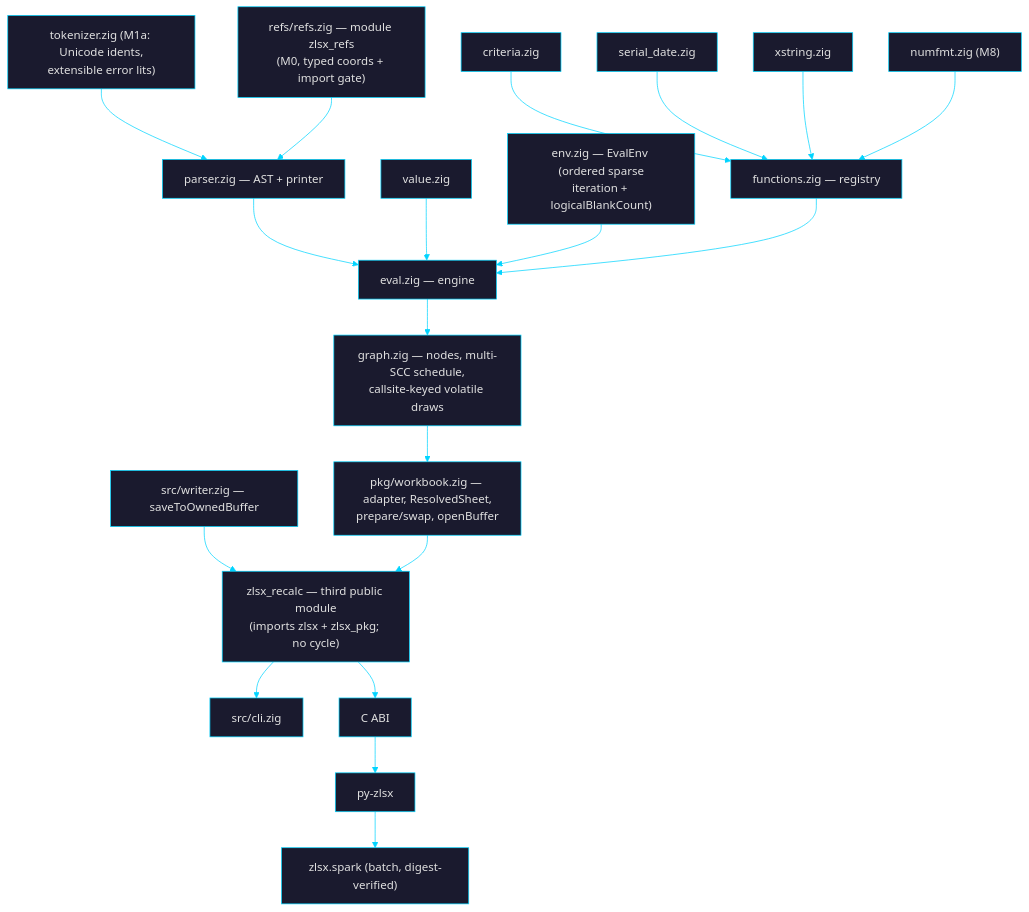
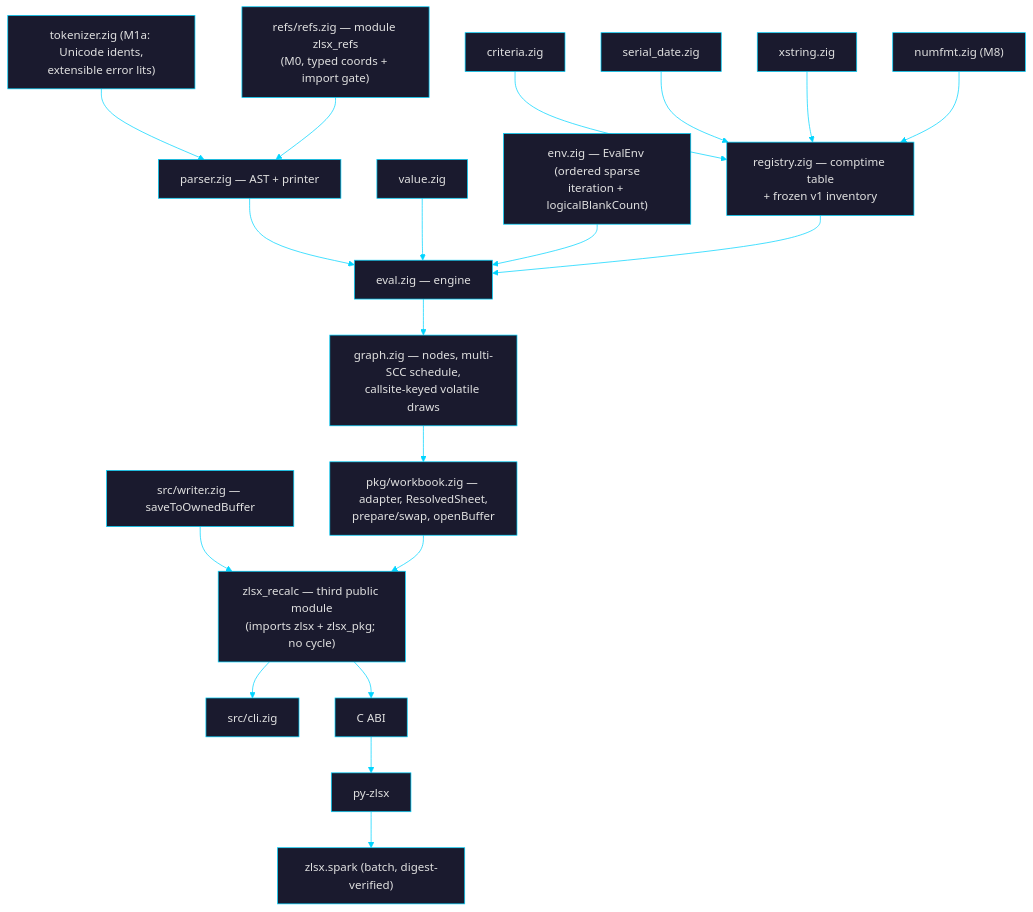
One commit to laurentfabre/zlsx changed the diagram in goal_formula.md. Above: the diagram before and after it, drawn with Mermaid. The commit also changed other lines of this file and 6 other files, not shown here.

````diff
--- a/goal_formula.md
+++ b/goal_formula.md
@@ -149,21 +149,21 @@
 ```mermaid
 %%{init: {'theme': 'base', 'themeVariables': {'primaryColor': '#1a1a2e', 'primaryTextColor': '#e0e0e0', 'primaryBorderColor': '#00d4ff', 'lineColor': '#00d4ff', 'secondaryColor': '#16213e', 'tertiaryColor': '#0f3460', 'fontFamily': 'monospace'}}}%%
 graph TD
     TOK["tokenizer.zig (M1a: Unicode idents,<br/>extensible error lits)"] --> PARSE["parser.zig — AST + printer"]
     REFS["refs/refs.zig — module zlsx_refs<br/>(M0, typed coords + import gate)"] --> PARSE
     PARSE --> EVAL["eval.zig — engine"]
     VAL["value.zig"] --> EVAL
     ENV["env.zig — EvalEnv (ordered sparse<br/>iteration + logicalBlankCount)"] --> EVAL
-    CRIT["criteria.zig"] --> FN["functions.zig — registry"]
+    CRIT["criteria.zig"] --> FN["registry.zig — comptime table<br/>+ frozen v1 inventory"]
     SDATE["serial_date.zig"] --> FN
     XSTR["xstring.zig"] --> FN
     NUMFMT["numfmt.zig (M8)"] --> FN
     FN --> EVAL
     EVAL --> GRAPH["graph.zig — nodes, multi-SCC schedule,<br/>callsite-keyed volatile draws"]
     GRAPH --> WB["pkg/workbook.zig — adapter, ResolvedSheet,<br/>prepare/swap, openBuffer"]
     WRT["src/writer.zig — saveToOwnedBuffer"] --> ORCH
     WB --> ORCH["zlsx_recalc — third public module<br/>(imports zlsx + zlsx_pkg; no cycle)"]
     ORCH --> CLI["src/cli.zig"]
     ORCH --> CABI["C ABI"]
     CABI --> PY["py-zlsx"] --> SPARK["zlsx.spark (batch, digest-verified)"]
 ```
````
